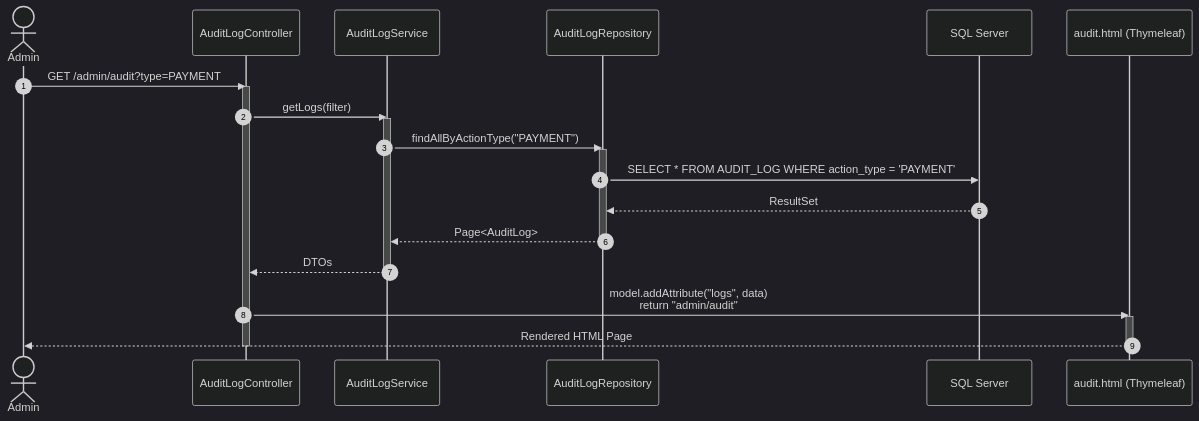
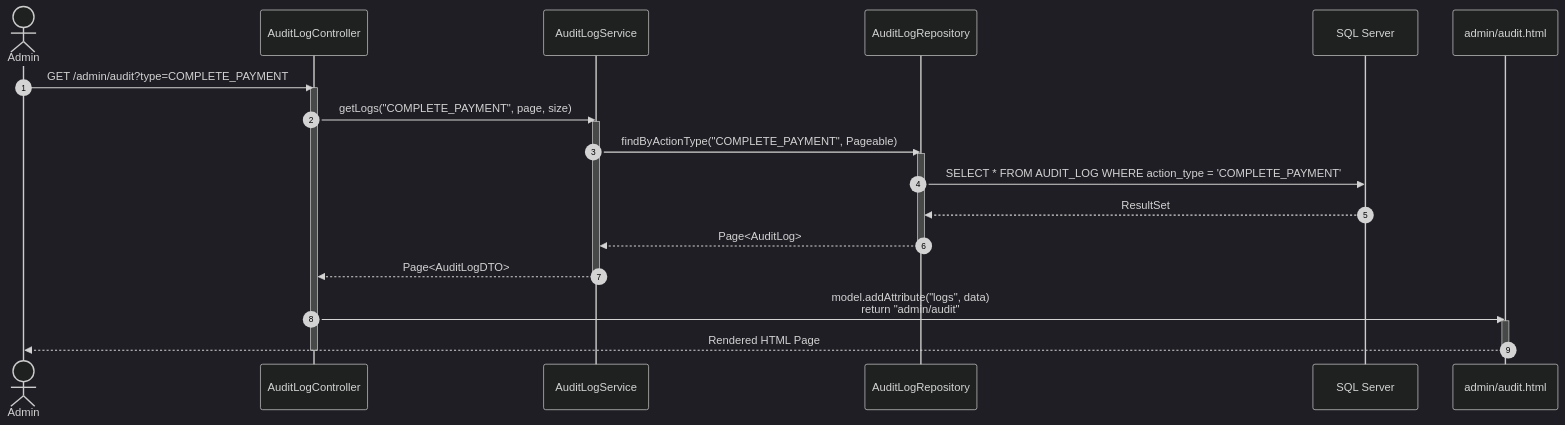
One commit to danhdac36/xoai-aura-retreat changed the second of 4 diagrams in 04_Implement/Module5/UC30/EDS_UC30_AuditLog.md. Above: the diagram before and after it, drawn with Mermaid (dark theme). The commit also changed other lines of this file and 3 other files, not shown here.

````diff
--- a/04_Implement/Module5/UC30/EDS_UC30_AuditLog.md
+++ b/04_Implement/Module5/UC30/EDS_UC30_AuditLog.md
@@ -193,28 +252,28 @@
 ```mermaid
 sequenceDiagram
     autonumber
     actor Admin
     participant Controller as AuditLogController
     participant Service as AuditLogService
     participant Repo as AuditLogRepository
     participant DB as SQL Server
-    participant View as audit.html (Thymeleaf)
+    participant View as admin/audit.html
 
-    Admin->>Controller: GET /admin/audit?type=PAYMENT
+    Admin->>Controller: GET /admin/audit?type=COMPLETE_PAYMENT
     activate Controller
-    Controller->>Service: getLogs(filter)
+    Controller->>Service: getLogs("COMPLETE_PAYMENT", page, size)
     activate Service
-    Service->>Repo: findAllByActionType("PAYMENT")
+    Service->>Repo: findByActionType("COMPLETE_PAYMENT", Pageable)
     activate Repo
-    Repo->>DB: SELECT * FROM AUDIT_LOG WHERE action_type = 'PAYMENT'
+    Repo->>DB: SELECT * FROM AUDIT_LOG WHERE action_type = 'COMPLETE_PAYMENT'
     DB-->>Repo: ResultSet
     Repo-->>Service: Page<AuditLog>
     deactivate Repo
-    Service-->>Controller: DTOs
+    Service-->>Controller: Page<AuditLogDTO>
     deactivate Service
     Controller->>View: model.addAttribute("logs", data)<br/>return "admin/audit"
     activate View
     View-->>Admin: Rendered HTML Page
     deactivate View
     deactivate Controller
 ```
````
